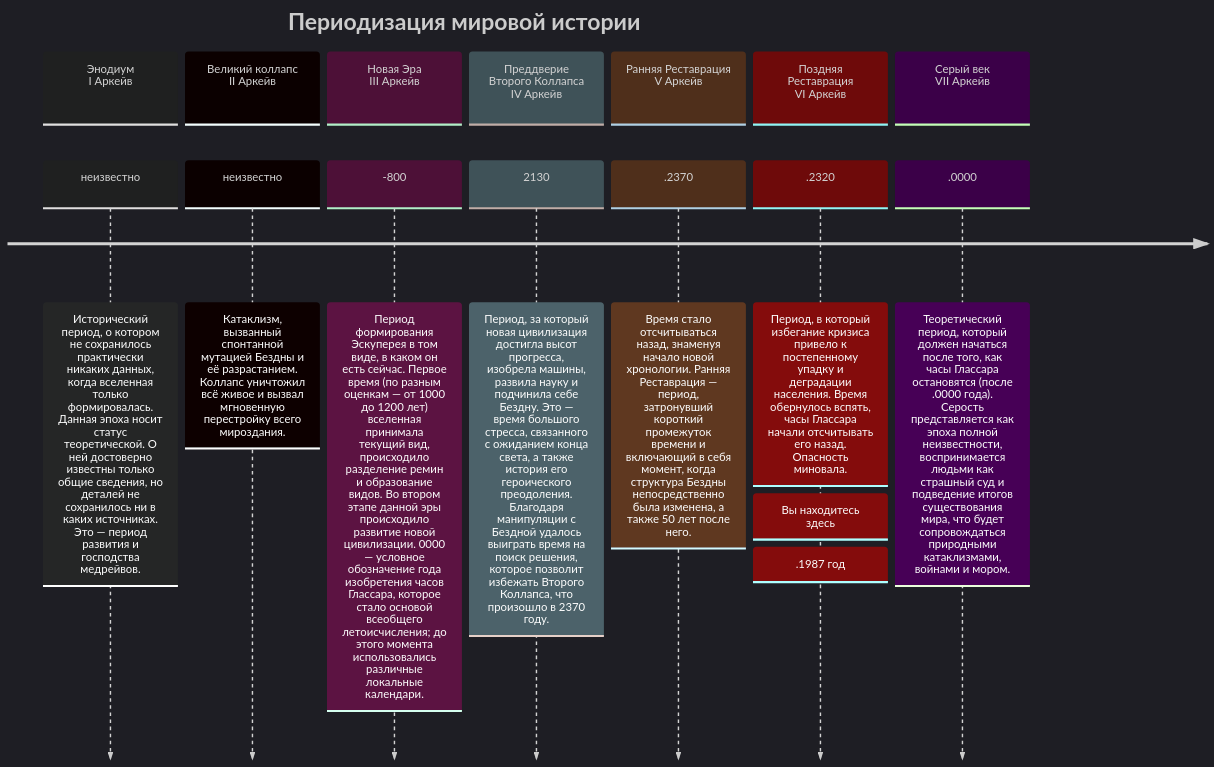
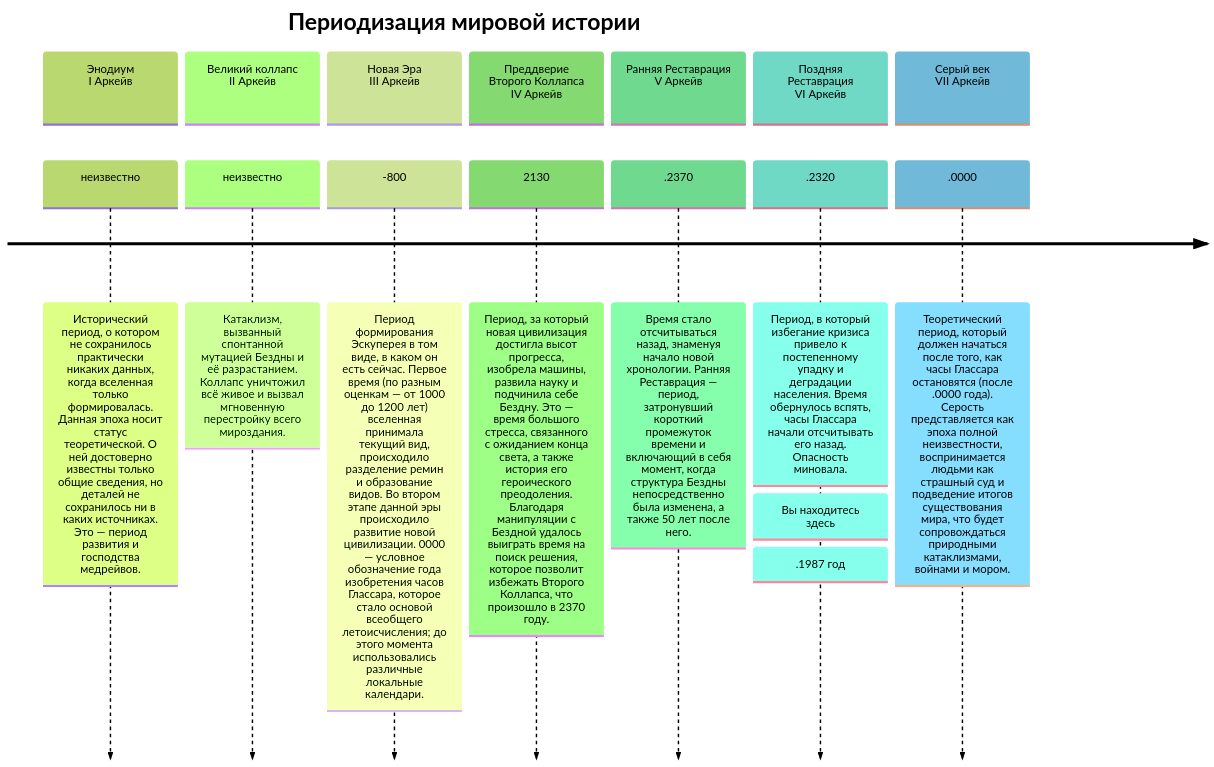
The diagram in content/Суслик.md (Remain-Nameless/Escupereum), drawn with Mermaid before and after one commit.

Commit message:
vault backup: 2025-12-18 17:23:39

````diff
--- a/content/Суслик.md
+++ b/content/Суслик.md
@@ -6,23 +6,23 @@
 ```mermaid
 ---
 config:
   logLevel: 'debug'
-  theme: 'dark'
+  theme: 'forest'
 ---
 timeline
     title Периодизация мировой истории
     section Энодиум <br> I Аркейв
         неизвестно : Исторический период, о котором не сохранилось практически никаких данных, когда вселенная только формировалась. Данная эпоха носит статус теоретической. О ней достоверно известны только общие сведения, но деталей не сохранилось ни в каких источниках. Это — период развития и господства медрейвов. 
     section Великий коллапс <br> II Аркейв
 	    неизвестно : Катаклизм, вызванный спонтанной мутацией Бездны и её разрастанием. Коллапс уничтожил всё живое и вызвал мгновенную перестройку всего мироздания.
 	section Новая Эра <br> III Аркейв
 		-800 : Период формирования Эскуперея в том виде, в каком он есть сейчас. Первое время (по разным оценкам — от 1000 до 1200 лет) вселенная принимала текущий вид, происходило разделение ремин и образование видов. Во втором этапе данной эры происходило развитие новой цивилизации. 0000 — условное обозначение года изобретения часов Глассара, которое стало основой всеобщего летоисчисления; до этого момента использовались различные локальные календари.
 	section Преддверие Второго Коллапса <br> IV Аркейв
 		2130 : Период, за который новая цивилизация достигла высот прогресса, изобрела машины, развила науку и подчинила себе Бездну. Это — время большого стресса, связанного с ожиданием конца света, а также история его героического преодоления. Благодаря манипуляции с Бездной удалось выиграть время на поиск решения, которое позволит избежать Второго Коллапса, что произошло в 2370 году.
 	section Ранняя Реставрация <br> V Аркейв
 		.2370 : Время стало отсчитываться назад, знаменуя начало новой хронологии. Ранняя Реставрация — период, затронувший короткий промежуток времени и включающий в себя момент, когда структура Бездны непосредственно была изменена, а также 50 лет после него. 
 	section Поздняя Реставрация <br> VI Аркейв
 		.2320 : Период, в который избегание кризиса привело к постепенному упадку и деградации населения. Время обернулось вспять, часы Глассара начали отсчитывать его назад. Опасность миновала. : Вы находитесь здесь : .1987 год
 	section Серый век <br> VII Аркейв
 		.0000 : Теоретический период, который должен начаться после того, как часы Глассара остановятся (после .0000 года). Серость представляется как эпоха полной неизвестности, воспринимается людьми как страшный суд и подведение итогов существования мира, что будет сопровождаться природными катаклизмами, войнами и мором.
 ```
````
